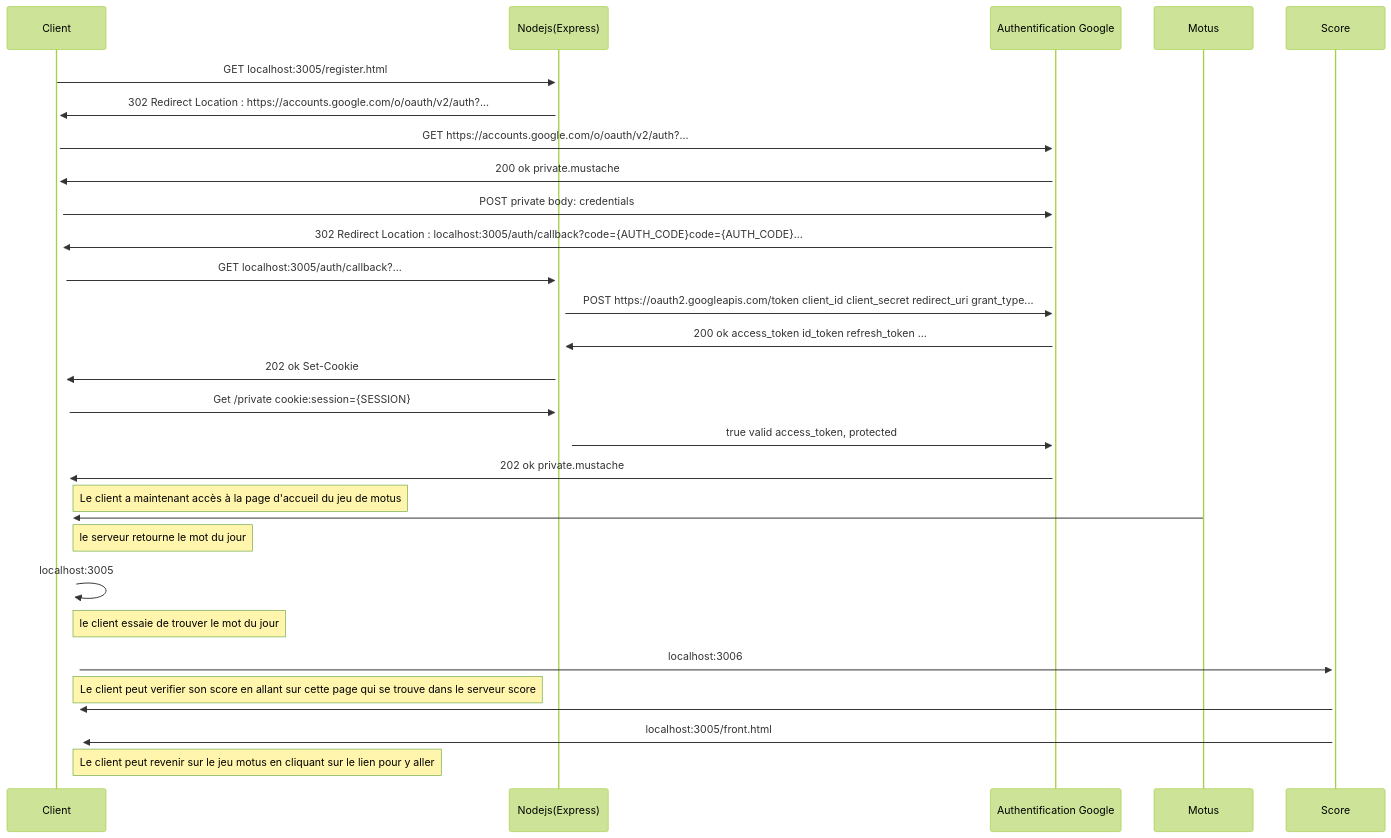
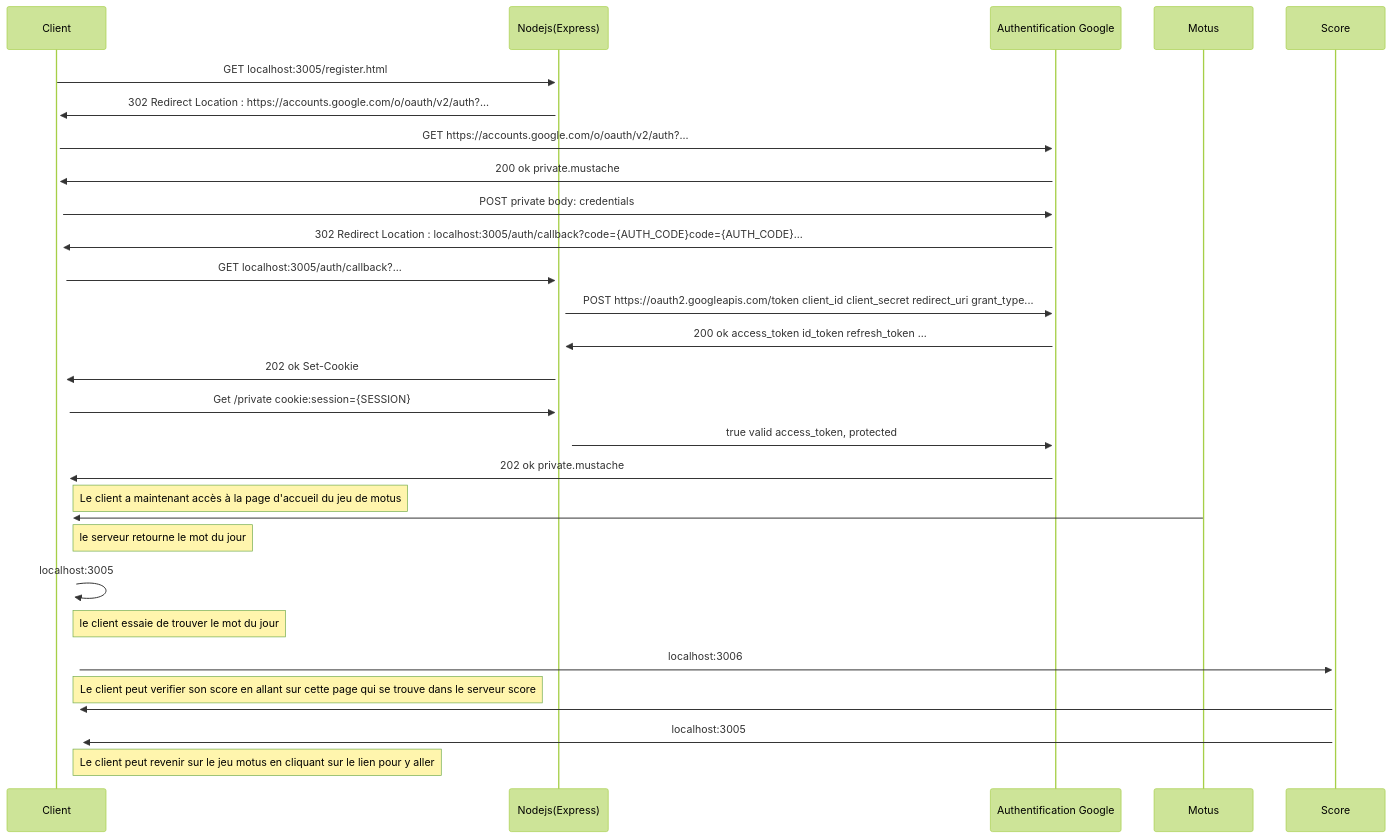
Before and after one commit to RadoDominique/motus: the diagram in README.md, drawn with Mermaid (forest theme).

Commit message:
Dernier changement readme

````diff
--- a/README.md
+++ b/README.md
@@ -36,27 +36,27 @@
 ```mermaid
 
 sequenceDiagram
     Client->>+Nodejs(Express): GET localhost:3005/register.html
     Nodejs(Express)->>+Client: 302 Redirect Location : https://accounts.google.com/o/oauth/v2/auth?...
     Client->>+Authentification Google: GET https://accounts.google.com/o/oauth/v2/auth?...
     Authentification Google->>+Client: 200 ok private.mustache
     Client->>+Authentification Google: POST private body: credentials
     Authentification Google->>+Client: 302 Redirect Location : localhost:3005/auth/callback?code={AUTH_CODE}code={AUTH_CODE}...
     Client->>+Nodejs(Express): GET localhost:3005/auth/callback?...
     Nodejs(Express)->>+Authentification Google: POST https://oauth2.googleapis.com/token client_id client_secret redirect_uri grant_type...
     Authentification Google->>+Nodejs(Express): 200 ok access_token id_token refresh_token ...
     Nodejs(Express)->>+Client: 202 ok Set-Cookie
     Client->>+Nodejs(Express): Get /private cookie:session={SESSION}
     Nodejs(Express)->>+Authentification Google: true valid access_token, protected 
     Authentification Google->>+Client: 202 ok private.mustache
     Note right of Client: Le client a maintenant accès à la page d'accueil du jeu de motus
     Motus->>+Client : 
     note right of Client : le serveur retourne le mot du jour
     Client->>+Client: localhost:3005
     note right of Client: le client essaie de trouver le mot du jour
     Client->>+Score: localhost:3006
     note right of Client: Le client peut verifier son score en allant sur cette page qui se trouve dans le serveur score
     Score->>+Client: 
-    Score->>+Client: localhost:3005/front.html
+    Score->>+Client: localhost:3005
     note right of Client: Le client peut revenir sur le jeu motus en cliquant sur le lien pour y aller
  ```
````
